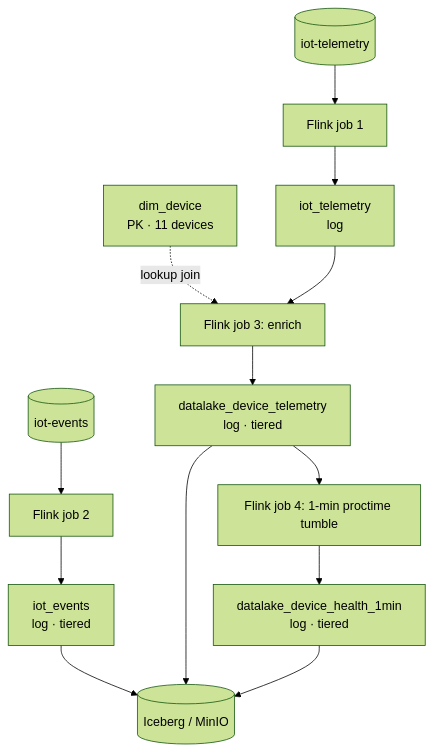
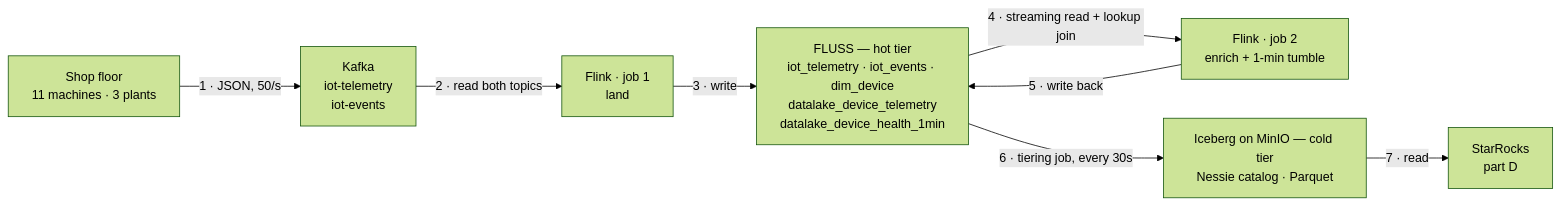
The first of 2 diagrams in docs/EXPERIMENTS.md (georgezefko/streamhouse-lab), drawn with Mermaid (forest theme) before and after one commit. The commit also changed other lines of this file and 29 other files, not shown here.

````diff
--- a/docs/EXPERIMENTS.md
+++ b/docs/EXPERIMENTS.md
@@ -80,9 +96,18 @@
 ```mermaid
-flowchart TB
-  KT[(iot-telemetry)] --> J1[Flink job 1] --> T[iot_telemetry<br/>log]
-  KE[(iot-events)] --> J2[Flink job 2] --> E[iot_events<br/>log · tiered]
-  D[dim_device<br/>PK · 11 devices] -. "lookup join" .-> J3
-  T --> J3[Flink job 3: enrich] --> DT[datalake_device_telemetry<br/>log · tiered]
-  DT --> J4[Flink job 4: 1-min proctime tumble] --> H[datalake_device_health_1min<br/>log · tiered]
-  E & DT & H --> ICE[(Iceberg / MinIO)]
+flowchart LR
+  S["Shop floor<br/>11 machines · 3 plants"]
+  K["Kafka<br/>iot-telemetry<br/>iot-events"]
+  J1["Flink · job 1<br/>land"]
+  FLUSS["FLUSS — hot tier<br/>iot_telemetry · iot_events · dim_device<br/>datalake_device_telemetry<br/>datalake_device_health_1min"]
+  J2["Flink · job 2<br/>enrich + 1-min tumble"]
+  ICE["Iceberg on MinIO — cold tier<br/>Nessie catalog · Parquet"]
+  SR["StarRocks<br/>part D"]
+
+  S -->|"1 · JSON, 50/s"| K
+  K -->|"2 · read both topics"| J1
+  J1 -->|"3 · write"| FLUSS
+  FLUSS -->|"4 · streaming read + lookup join"| J2
+  J2 -->|"5 · write back"| FLUSS
+  FLUSS -->|"6 · tiering job, every 30s"| ICE
+  ICE -->|"7 · read"| SR
 ```
````
